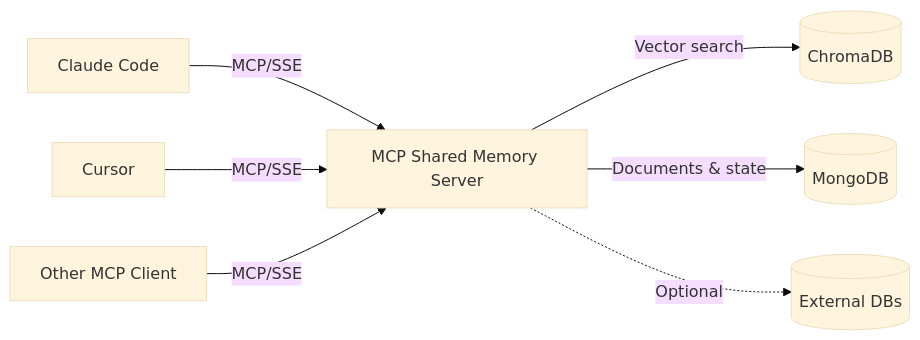
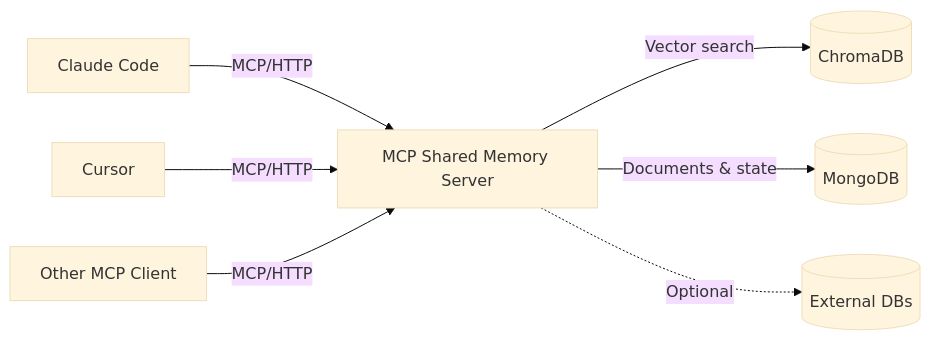
One commit to tlemmons/mcp-shared-memory changed the diagram in README.md. Above: the diagram before and after it, drawn with Mermaid (base theme). The commit also changed other lines of this file and 4 other files, not shown here.

````diff
--- a/README.md
+++ b/README.md
@@ -23,9 +24,9 @@
 ```mermaid
 graph LR
-    A1[Claude Code] -->|MCP/SSE| S[MCP Shared Memory Server]
-    A2[Cursor] -->|MCP/SSE| S
-    A3[Other MCP Client] -->|MCP/SSE| S
+    A1[Claude Code] -->|MCP/HTTP| S[MCP Shared Memory Server]
+    A2[Cursor] -->|MCP/HTTP| S
+    A3[Other MCP Client] -->|MCP/HTTP| S
     S -->|Vector search| C[(ChromaDB)]
     S -->|Documents & state| M[(MongoDB)]
     S -.->|Optional| E[(External DBs)]
 ```
````
